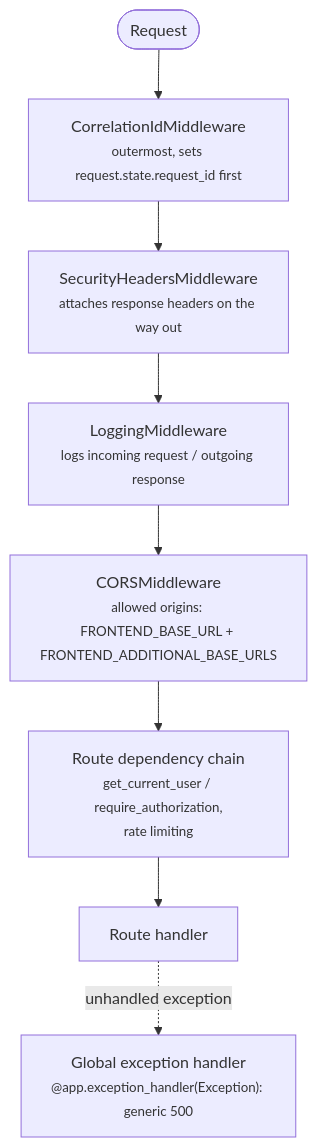
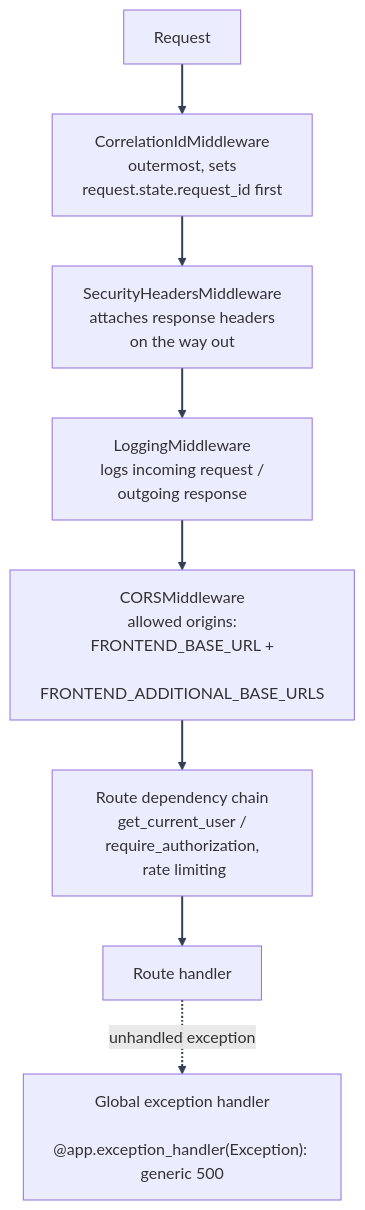
One commit to Nachiket-2024/balance_sheet_analysis changed the diagram in docs/mystic_auth/architecture/backend.md. Above: the diagram before and after it, drawn with Mermaid. The commit also changed other lines of this file and 1793 other files, not shown here.

````diff
--- a/docs/mystic_auth/architecture/backend.md
+++ b/docs/mystic_auth/architecture/backend.md
@@ -33,14 +37,15 @@
 ```mermaid
+%%{init: {"themeVariables": {"lineColor": "#334155"}} }%%
 flowchart TD
-    Request(["Request"])
-    Correlation["CorrelationIdMiddleware<br/><small>outermost, sets request.state.request_id first</small>"]
-    Security["SecurityHeadersMiddleware<br/><small>attaches response headers on the way out</small>"]
-    Logging["LoggingMiddleware<br/><small>logs incoming request / outgoing response</small>"]
-    Cors["CORSMiddleware<br/><small>allowed origins: FRONTEND_BASE_URL + FRONTEND_ADDITIONAL_BASE_URLS</small>"]
-    Deps["Route dependency chain<br/><small>get_current_user / require_authorization,<br/>rate limiting</small>"]
+    Request["Request"]
+    Correlation["CorrelationIdMiddleware\n outermost, sets request.state.request_id first"]
+    Security["SecurityHeadersMiddleware\n attaches response headers on the way out"]
+    Logging["LoggingMiddleware\n logs incoming request / outgoing response"]
+    Cors["CORSMiddleware\n allowed origins: FRONTEND_BASE_URL +\n FRONTEND_ADDITIONAL_BASE_URLS"]
+    Deps["Route dependency chain\n get_current_user / require_authorization,\n rate limiting"]
     Handler["Route handler"]
-    Error["Global exception handler<br/><small>@app.exception_handler(Exception): generic 500</small>"]
-
+    Error["Global exception handler\n @app.exception_handler(Exception): generic 500"]
     Request --> Correlation --> Security --> Logging --> Cors --> Deps --> Handler
     Handler -. "unhandled exception" .-> Error
+    linkStyle default stroke:#334155,stroke-width:2px
 ```
````
